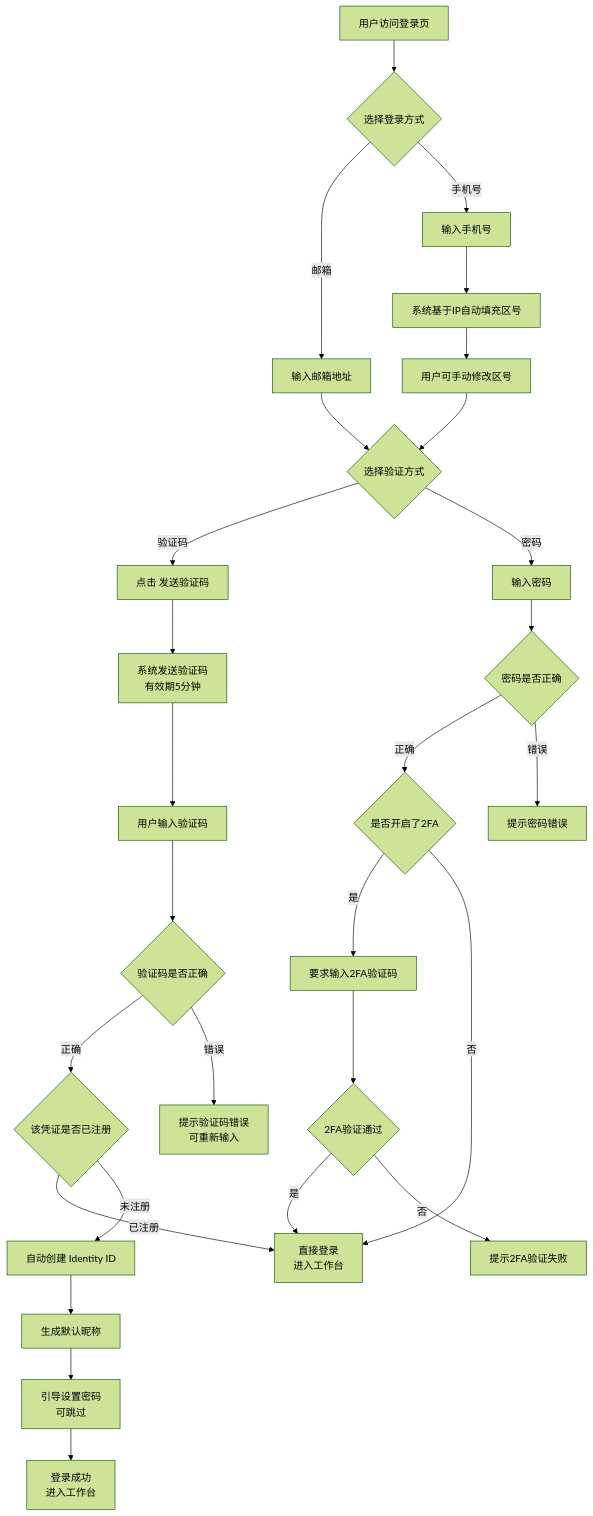
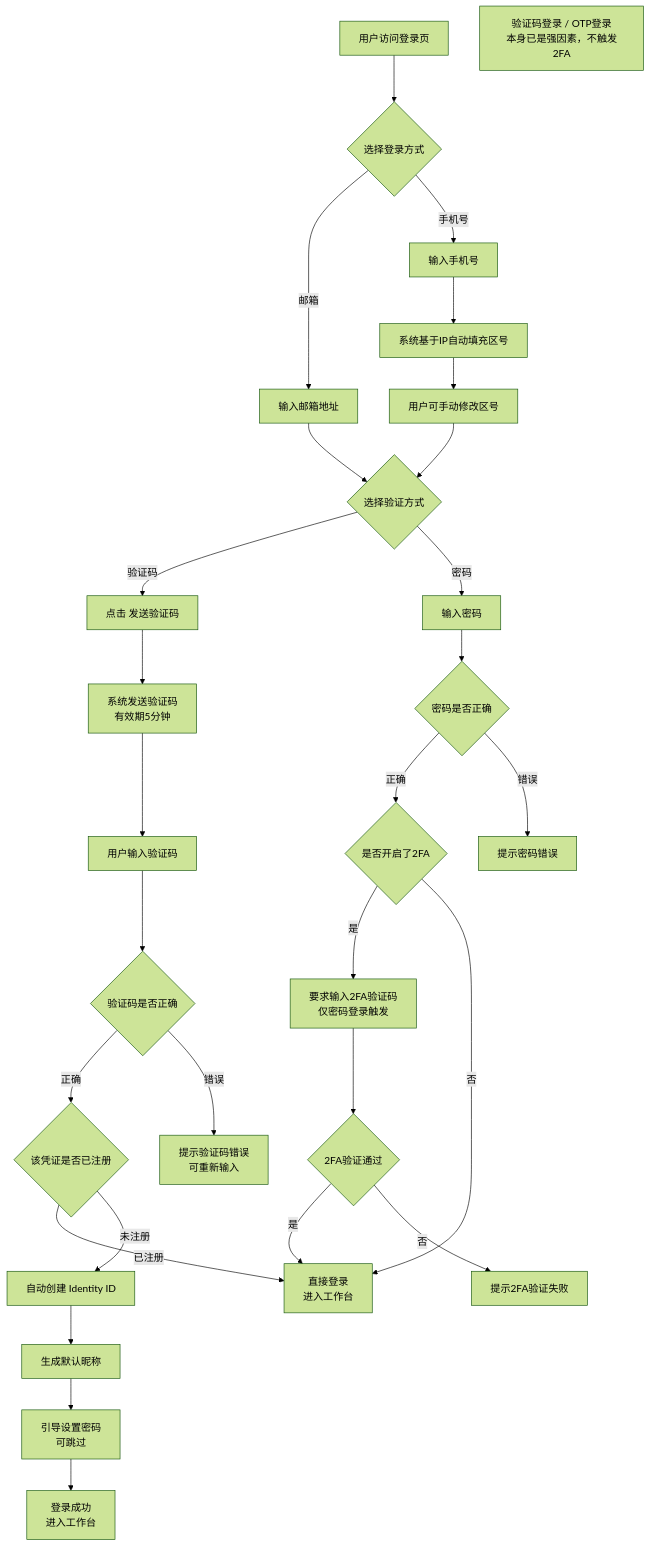
The fifth of 26 diagrams in SigninLogin/prd/MP-register.md (xiaoxiaoangie/EX-NEW), drawn with Mermaid (forest theme) before and after one commit. The commit also changed other lines of this file and 14 other files, not shown here.

````diff
--- a/SigninLogin/prd/MP-register.md
+++ b/SigninLogin/prd/MP-register.md
@@ -255,40 +240,42 @@
 ```mermaid
 flowchart TD
     A[用户访问登录页] --> B{选择登录方式}
 
     B -->|邮箱| C1[输入邮箱地址]
     B -->|手机号| C2[输入手机号]
 
     C2 --> C2a[系统基于IP自动填充区号]
     C2a --> C2b[用户可手动修改区号]
 
     C1 --> D{选择验证方式}
     C2b --> D
 
     D -->|验证码| E1[点击 发送验证码]
     D -->|密码| E2[输入密码]
 
     E1 --> F1[系统发送验证码<br/>有效期5分钟]
     F1 --> G1[用户输入验证码]
     G1 --> H1{验证码是否正确}
 
     H1 -->|正确| I{该凭证是否已注册}
     H1 -->|错误| G1a[提示验证码错误<br/>可重新输入]
 
     I -->|已注册| J1[直接登录<br/>进入工作台]
     I -->|未注册| J2[自动创建 Identity ID]
 
     J2 --> K[生成默认昵称]
     K --> L[引导设置密码<br/>可跳过]
     L --> M[登录成功<br/>进入工作台]
 
     E2 --> H2{密码是否正确}
     H2 -->|正确| H2a{是否开启了2FA}
     H2 -->|错误| H2b[提示密码错误]
 
-    H2a -->|是| H2c[要求输入2FA验证码]
+    H2a -->|是| H2c[要求输入2FA验证码<br/>仅密码登录触发]
     H2a -->|否| J1
     H2c --> H2d{2FA验证通过}
     H2d -->|是| J1
     H2d -->|否| H2e[提示2FA验证失败]
+
+    note1["验证码登录 / OTP登录<br/>本身已是强因素，不触发2FA"]
 ```
````
